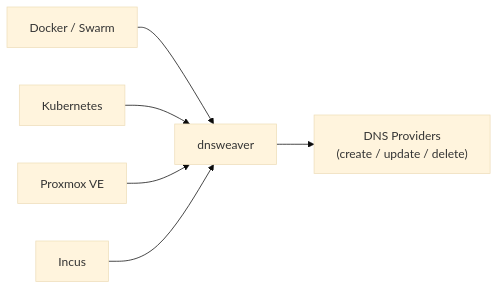
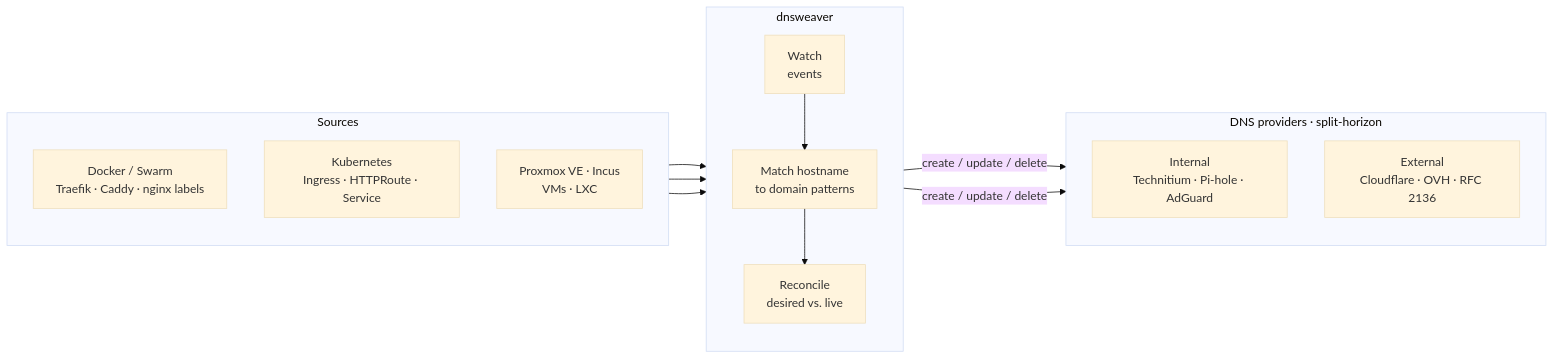
Before and after one commit to maxfield-allison/dnsweaver: the diagram in README.md, drawn with Mermaid (base theme). The commit also changed 3 other files, not shown here.

First line of the commit message:
docs: enrich architecture diagram + add lifecycle and matching diagrams

````diff
--- a/README.md
+++ b/README.md
@@ -99,8 +99,26 @@
 ```mermaid
 flowchart LR
-    A["Docker / Swarm"] --> B["dnsweaver"]
-    D["Kubernetes"] --> B
-    P["Proxmox VE"] --> B
-    I["Incus"] --> B
-    B --> C["DNS Providers<br/>(create / update / delete)"]
+    subgraph sources["Sources"]
+        direction TB
+        A["Docker / Swarm<br/>Traefik · Caddy · nginx labels"]
+        D["Kubernetes<br/>Ingress · HTTPRoute · Service"]
+        P["Proxmox VE · Incus<br/>VMs · LXC"]
+    end
+
+    subgraph engine["dnsweaver"]
+        direction TB
+        W["Watch<br/>events"] --> M["Match hostname<br/>to domain patterns"] --> R["Reconcile<br/>desired vs. live"]
+    end
+
+    subgraph providers["DNS providers · split-horizon"]
+        direction TB
+        INT["Internal<br/>Technitium · Pi-hole · AdGuard"]
+        EXT["External<br/>Cloudflare · OVH · RFC 2136"]
+    end
+
+    A --> W
+    D --> W
+    P --> W
+    R -->|create / update / delete| INT
+    R -->|create / update / delete| EXT
 ```
````
